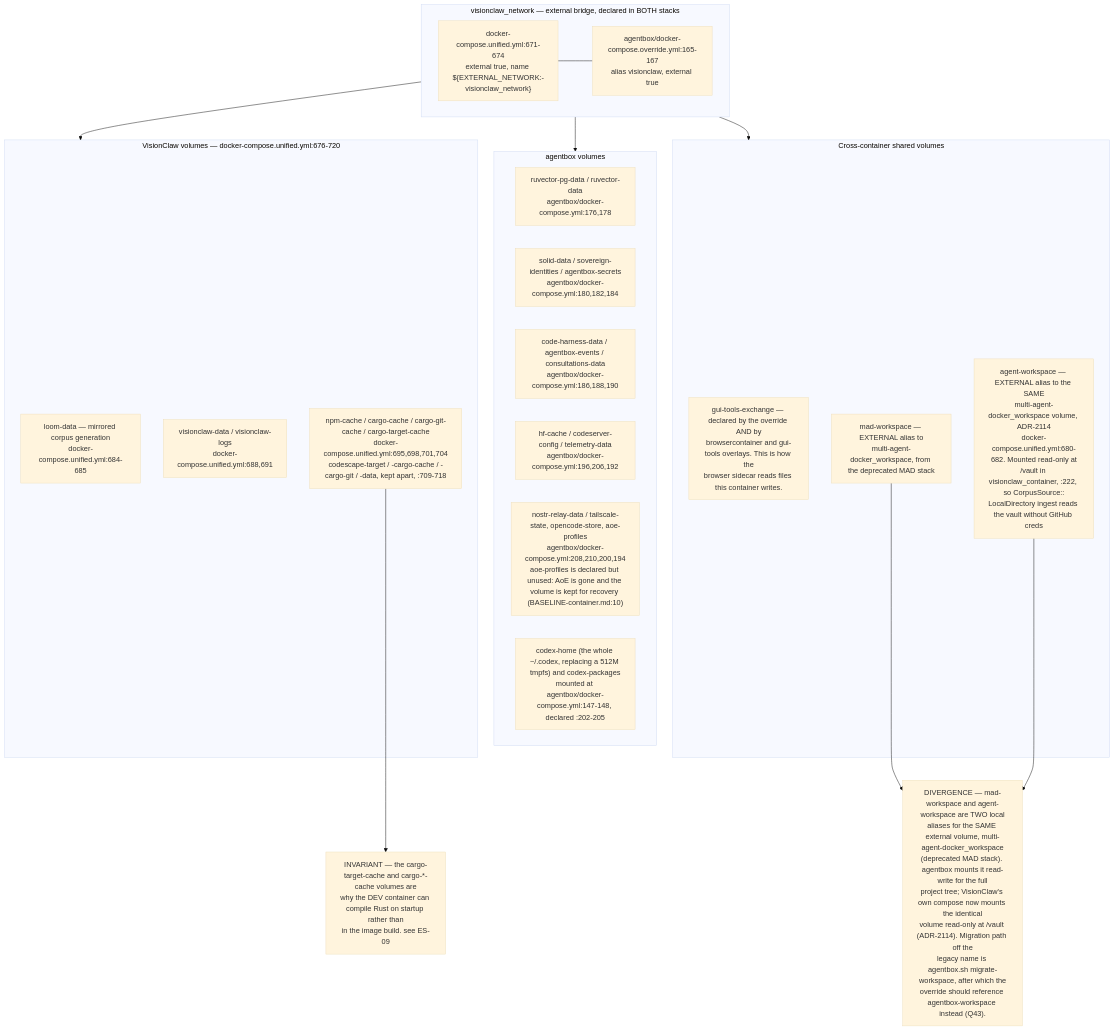
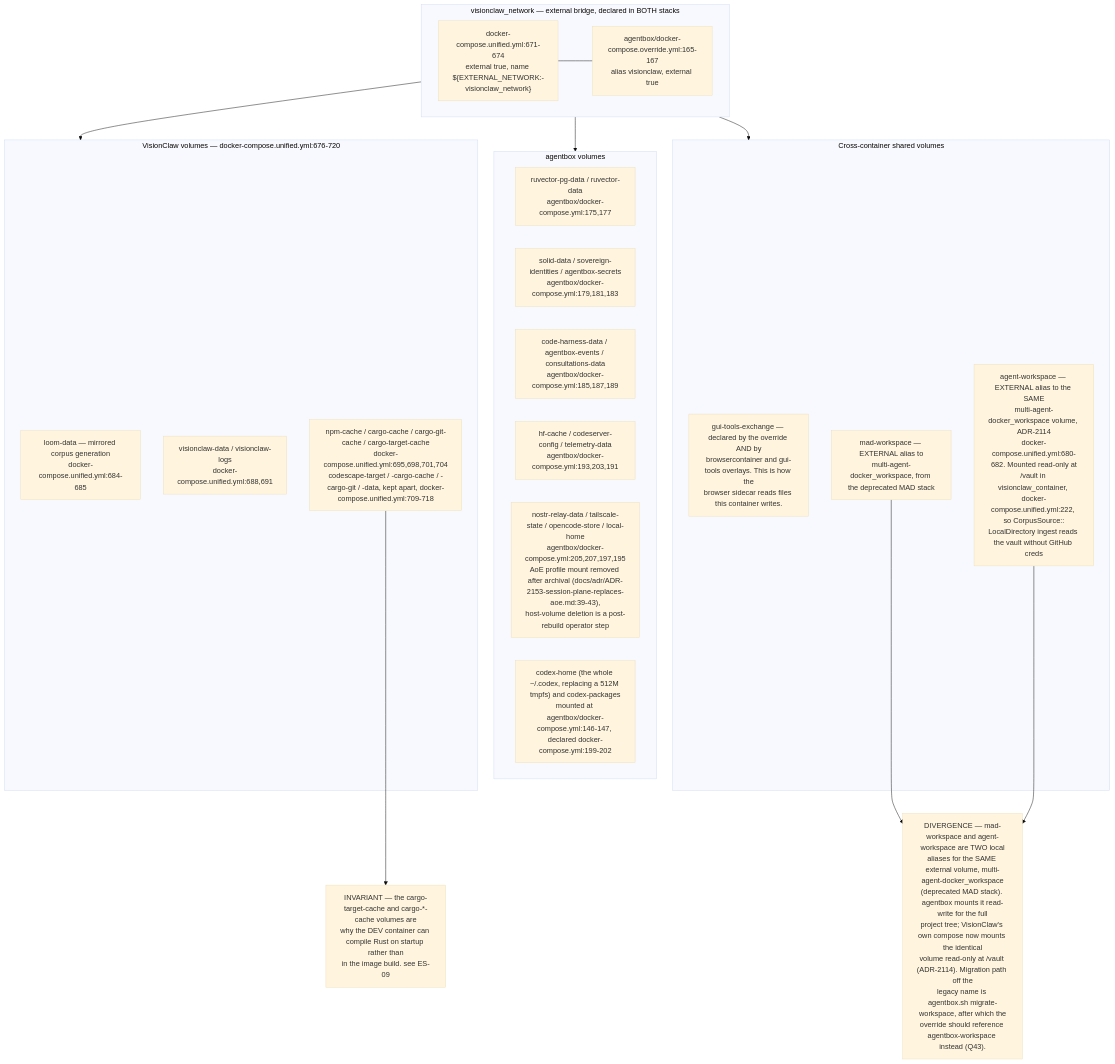
One commit to DreamLab-AI/VisionFlow changed the fourth of 8 diagrams in docs/diagrams/estate/01-estate-topology.md. Above: the diagram before and after it, drawn with Mermaid (base theme). The commit also changed other lines of this file and 5 other files, not shown here.

````diff
--- a/docs/diagrams/estate/01-estate-topology.md
+++ b/docs/diagrams/estate/01-estate-topology.md
@@ -190,37 +191,37 @@
 ```mermaid
 flowchart TB
     subgraph net["visionclaw_network — external bridge, declared in BOTH stacks"]
         N1["docker-compose.unified.yml:671-674<br/>external true, name ${EXTERNAL_NETWORK:-visionclaw_network}"]
         N2["agentbox/docker-compose.override.yml:165-167<br/>alias visionclaw, external true"]
     end
     subgraph vcvol["VisionClaw volumes — docker-compose.unified.yml:676-720"]
         V1["loom-data — mirrored corpus generation<br/>docker-compose.unified.yml:684-685"]
         V2["visionclaw-data / visionclaw-logs<br/>docker-compose.unified.yml:688,691"]
-        V3["npm-cache / cargo-cache / cargo-git-cache / cargo-target-cache<br/>docker-compose.unified.yml:695,698,701,704<br/>codescape-target / -cargo-cache / -cargo-git / -data, kept apart, :709-718"]
+        V3["npm-cache / cargo-cache / cargo-git-cache / cargo-target-cache<br/>docker-compose.unified.yml:695,698,701,704<br/>codescape-target / -cargo-cache / -cargo-git / -data, kept apart, docker-compose.unified.yml:709-718"]
     end
     subgraph abvol["agentbox volumes"]
-        W1["ruvector-pg-data / ruvector-data<br/>agentbox/docker-compose.yml:176,178"]
-        W2["solid-data / sovereign-identities / agentbox-secrets<br/>agentbox/docker-compose.yml:180,182,184"]
-        W3["code-harness-data / agentbox-events / consultations-data<br/>agentbox/docker-compose.yml:186,188,190"]
-        W4["hf-cache / codeserver-config / telemetry-data<br/>agentbox/docker-compose.yml:196,206,192"]
-        W5["nostr-relay-data / tailscale-state, opencode-store, aoe-profiles<br/>agentbox/docker-compose.yml:208,210,200,194<br/>aoe-profiles is declared but unused: AoE is gone and the volume is kept for recovery (BASELINE-container.md:10)"]
-        W6["codex-home (the whole ~/.codex, replacing a 512M tmpfs) and codex-packages<br/>mounted at agentbox/docker-compose.yml:147-148, declared :202-205"]
+        W1["ruvector-pg-data / ruvector-data<br/>agentbox/docker-compose.yml:175,177"]
+        W2["solid-data / sovereign-identities / agentbox-secrets<br/>agentbox/docker-compose.yml:179,181,183"]
+        W3["code-harness-data / agentbox-events / consultations-data<br/>agentbox/docker-compose.yml:185,187,189"]
+        W4["hf-cache / codeserver-config / telemetry-data<br/>agentbox/docker-compose.yml:193,203,191"]
+        W5["nostr-relay-data / tailscale-state / opencode-store / local-home<br/>agentbox/docker-compose.yml:205,207,197,195<br/>AoE profile mount removed after archival (docs/adr/ADR-2153-session-plane-replaces-aoe.md:39-43),<br/>host-volume deletion is a post-rebuild operator step"]
+        W6["codex-home (the whole ~/.codex, replacing a 512M tmpfs) and codex-packages<br/>mounted at agentbox/docker-compose.yml:146-147, declared docker-compose.yml:199-202"]
     end
     subgraph shared["Cross-container shared volumes"]
         S1["gui-tools-exchange — declared by the override AND by<br/>browsercontainer and gui-tools overlays. This is how the<br/>browser sidecar reads files this container writes."]
         S2["mad-workspace — EXTERNAL alias to<br/>multi-agent-docker_workspace, from the deprecated MAD stack"]
-        S3["agent-workspace — EXTERNAL alias to the SAME<br/>multi-agent-docker_workspace volume, ADR-2114<br/>docker-compose.unified.yml:680-682. Mounted read-only at<br/>/vault in visionclaw_container, :222, so CorpusSource::<br/>LocalDirectory ingest reads the vault without GitHub creds"]
+        S3["agent-workspace — EXTERNAL alias to the SAME<br/>multi-agent-docker_workspace volume, ADR-2114<br/>docker-compose.unified.yml:680-682. Mounted read-only at<br/>/vault in visionclaw_container, docker-compose.unified.yml:222, so CorpusSource::<br/>LocalDirectory ingest reads the vault without GitHub creds"]
     end
 
     N1 --- N2
     net --> vcvol
     net --> abvol
     net --> shared
 
     D1["DIVERGENCE — mad-workspace and agent-workspace are TWO local<br/>aliases for the SAME external volume, multi-agent-docker_workspace<br/>(deprecated MAD stack). agentbox mounts it read-write for the full<br/>project tree; VisionClaw's own compose now mounts the identical<br/>volume read-only at /vault (ADR-2114). Migration path off the<br/>legacy name is agentbox.sh migrate-workspace, after which the<br/>override should reference agentbox-workspace instead (Q43)."]
     INV["INVARIANT — the cargo-target-cache and cargo-*-cache volumes are<br/>why the DEV container can compile Rust on startup rather than<br/>in the image build. see ES-09"]
 
     S2 --> D1
     S3 --> D1
     V3 --> INV
 ```
````
